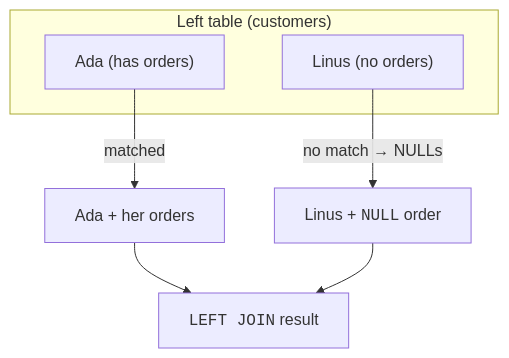
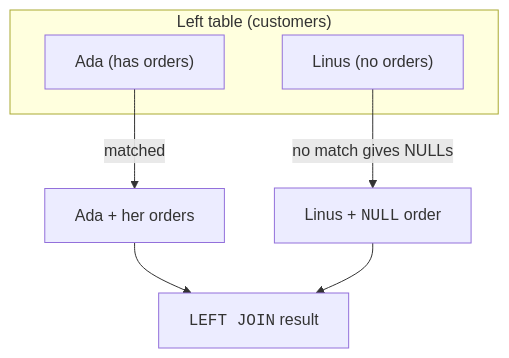
One commit to dataslope/dataslope changed the diagram in content/courses/intro-sql-postgres/outer-joins.mdx. Above: the diagram before and after it, drawn with Mermaid. The commit also changed other lines of this file and 641 other files, not shown here.

````diff
--- a/content/courses/intro-sql-postgres/outer-joins.mdx
+++ b/content/courses/intro-sql-postgres/outer-joins.mdx
@@ -32,11 +32,11 @@
 ```mermaid
 flowchart TB
     subgraph L["Left table (customers)"]
         L1["Ada (has orders)"]
         L2["Linus (no orders)"]
     end
     L1 -->|"matched"| R1["Ada + her orders"]
-    L2 -->|"no match → NULLs"| R2["Linus + <code>NULL</code> order"]
+    L2 -->|"no match gives NULLs"| R2["Linus + <code>NULL</code> order"]
     R1 --> Out["<code>LEFT JOIN</code> result"]
     R2 --> Out
 ```
````
